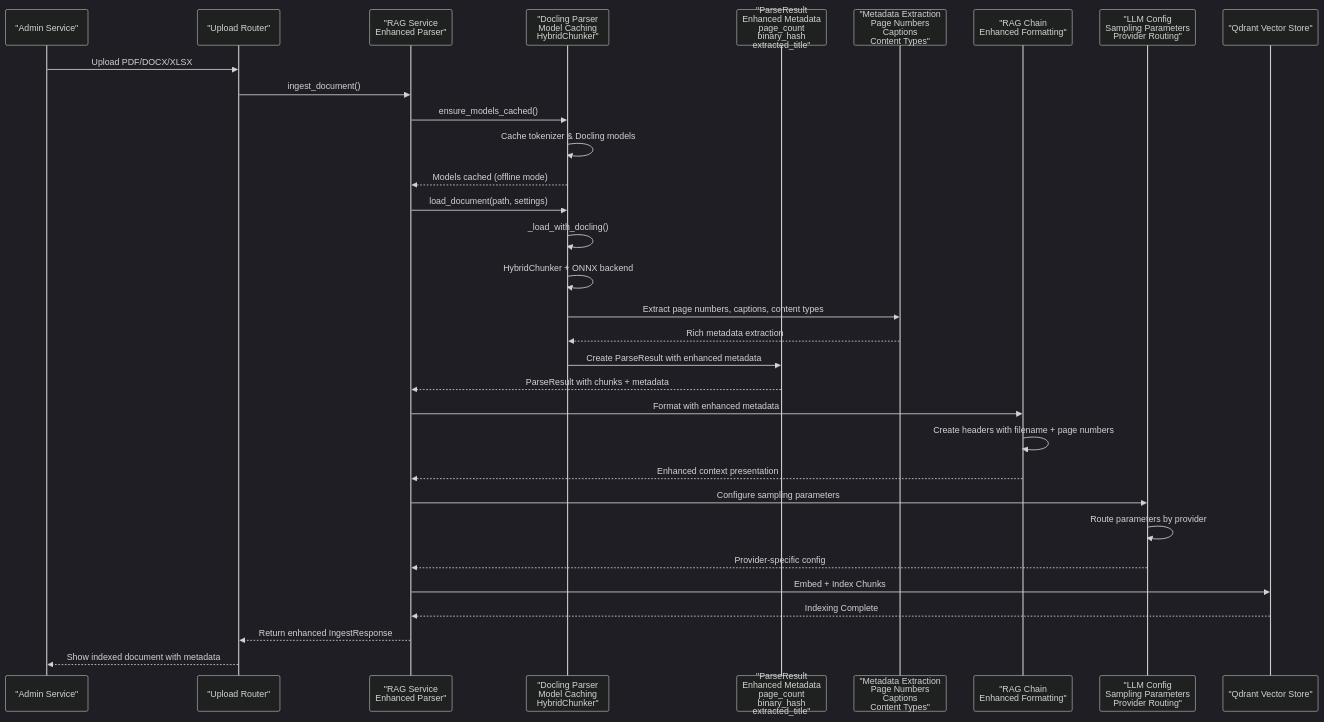
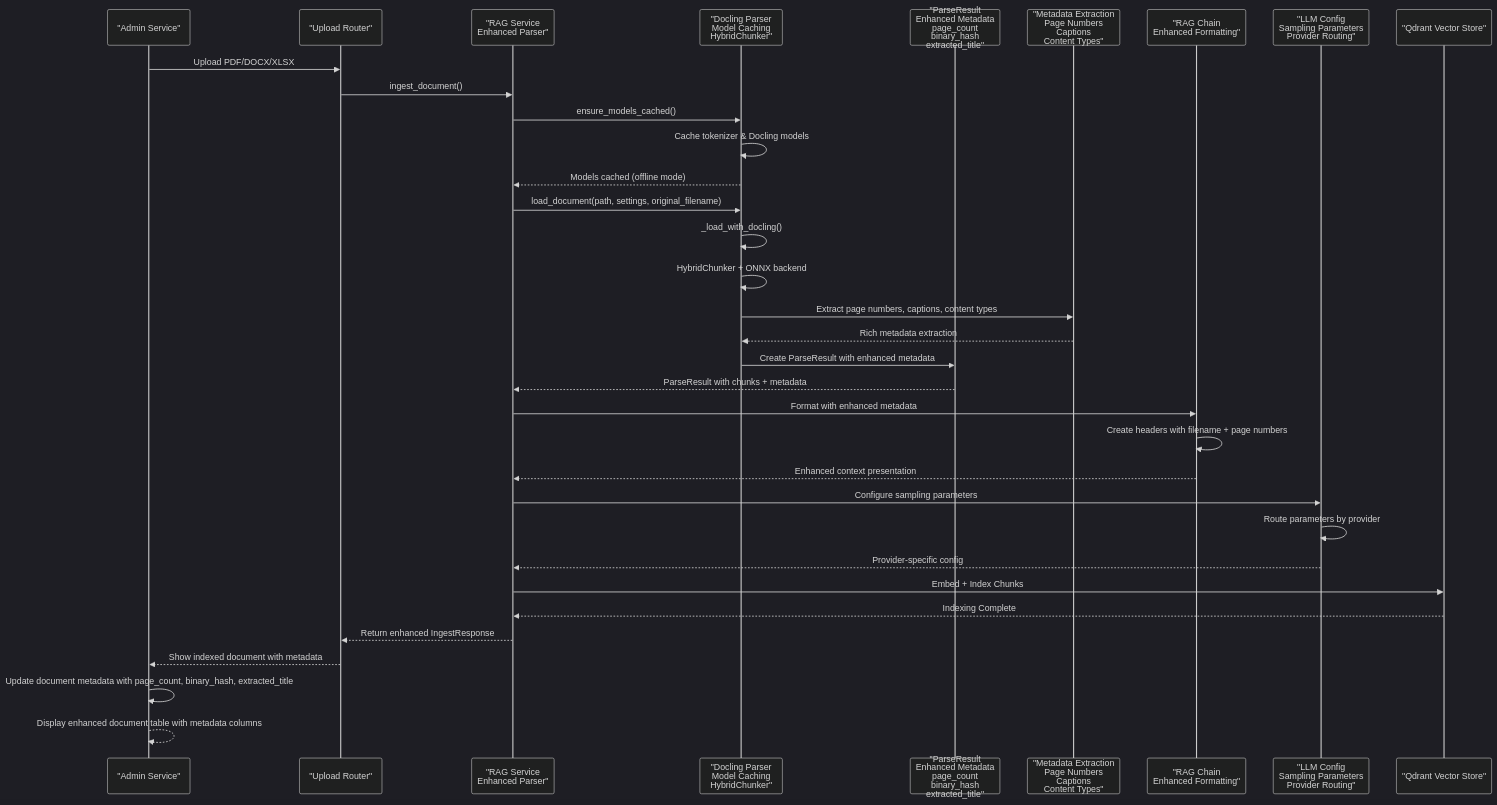
Before and after one commit to ognelis/cafetera_hr_bot: the second of 14 diagrams in .qoder/repowiki/en/content/RAG Integration/RAG Parser Enhancement.md, drawn with Mermaid (dark theme). The commit also changed other lines of this file and 9 other files, not shown here.

````diff
--- a/.qoder/repowiki/en/content/RAG Integration/RAG Parser Enhancement.md
+++ b/.qoder/repowiki/en/content/RAG Integration/RAG Parser Enhancement.md
@@ -191,34 +222,36 @@
 ```mermaid
 sequenceDiagram
 participant Admin as "Admin Service"
 participant Upload as "Upload Router"
 participant RAGService as "RAG Service<br/>Enhanced Parser"
 participant Parser as "Docling Parser<br/>Model Caching<br/>HybridChunker"
 participant ParseResult as "ParseResult<br/>Enhanced Metadata<br/>page_count<br/>binary_hash<br/>extracted_title"
 participant Metadata as "Metadata Extraction<br/>Page Numbers<br/>Captions<br/>Content Types"
 participant RAGChain as "RAG Chain<br/>Enhanced Formatting"
 participant LLMConfig as "LLM Config<br/>Sampling Parameters<br/>Provider Routing"
 participant Qdrant as "Qdrant Vector Store"
 Admin->>Upload : Upload PDF/DOCX/XLSX
 Upload->>RAGService : ingest_document()
 RAGService->>Parser : ensure_models_cached()
 Parser->>Parser : Cache tokenizer & Docling models
 Parser-->>RAGService : Models cached (offline mode)
-RAGService->>Parser : load_document(path, settings)
+RAGService->>Parser : load_document(path, settings, original_filename)
 Parser->>Parser : _load_with_docling()
 Parser->>Parser : HybridChunker + ONNX backend
 Parser->>Metadata : Extract page numbers, captions, content types
 Metadata-->>Parser : Rich metadata extraction
 Parser->>ParseResult : Create ParseResult with enhanced metadata
 ParseResult-->>RAGService : ParseResult with chunks + metadata
 RAGService->>RAGChain : Format with enhanced metadata
 RAGChain->>RAGChain : Create headers with filename + page numbers
 RAGChain-->>RAGService : Enhanced context presentation
 RAGService->>LLMConfig : Configure sampling parameters
 LLMConfig->>LLMConfig : Route parameters by provider
 LLMConfig-->>RAGService : Provider-specific config
 RAGService->>Qdrant : Embed + Index Chunks
 Qdrant-->>RAGService : Indexing Complete
 RAGService-->>Upload : Return enhanced IngestResponse
 Upload-->>Admin : Show indexed document with metadata
+Admin->>Admin : Update document metadata with page_count, binary_hash, extracted_title
+Admin-->>Admin : Display enhanced document table with metadata columns
 ```
````
